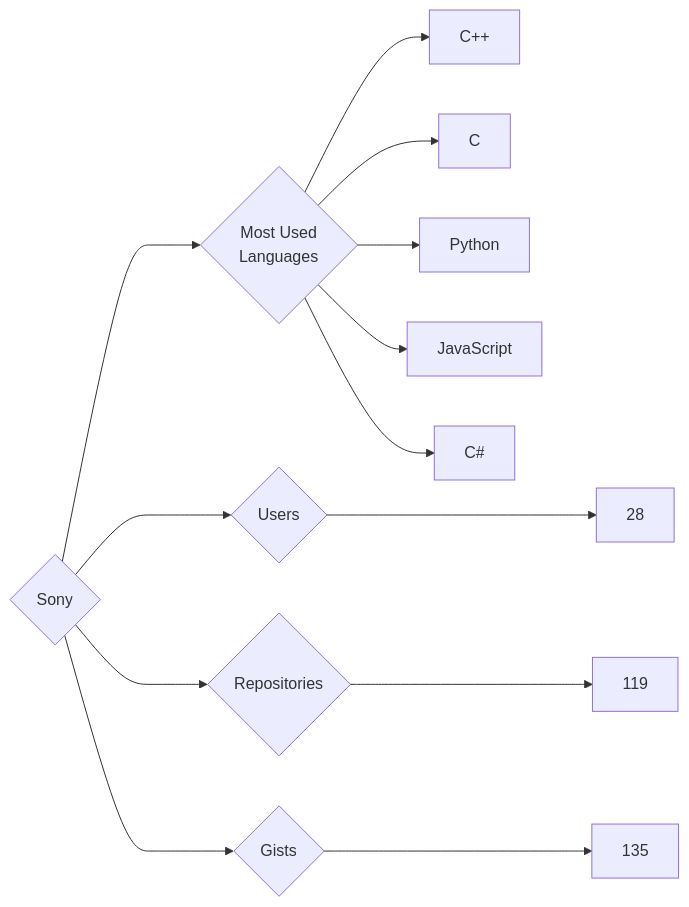
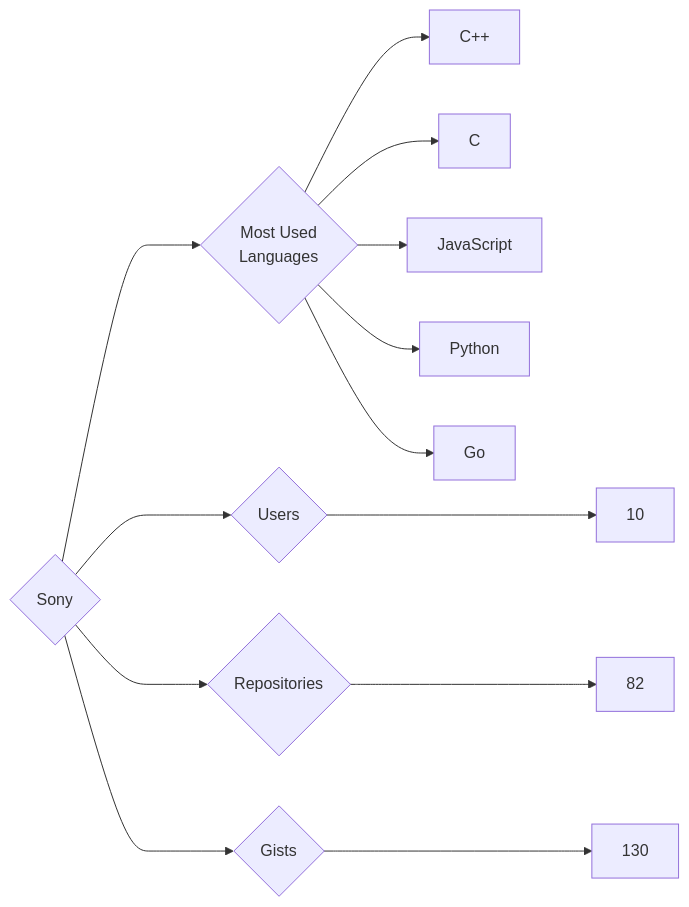
The diagram in targets/Sony/README.md (trickest/insiders), drawn with Mermaid before and after one commit. The commit also changed 886 other files, not shown here.

````diff
--- a/targets/Sony/README.md
+++ b/targets/Sony/README.md
@@ -3,13 +3,13 @@
 ```mermaid
 graph LR
 COMPANY_NAME{Sony}
-COMPANY_NAME ---> U{Users} ---> UN[28]
-COMPANY_NAME ---> R{Repositories} ---> RN[119]
-COMPANY_NAME ---> G{Gists} ---> GN[135]
+COMPANY_NAME ---> U{Users} ---> UN[10]
+COMPANY_NAME ---> R{Repositories} ---> RN[82]
+COMPANY_NAME ---> G{Gists} ---> GN[130]
 COMPANY_NAME ---> ML{Most Used<br>Languages}
 ML --> C++[C++]
 ML --> C[C]
+ML --> JavaScript[JavaScript]
 ML --> Python[Python]
-ML --> JavaScript[JavaScript]
-ML --> C#[C#]
+ML --> Go[Go]
 ```
````
